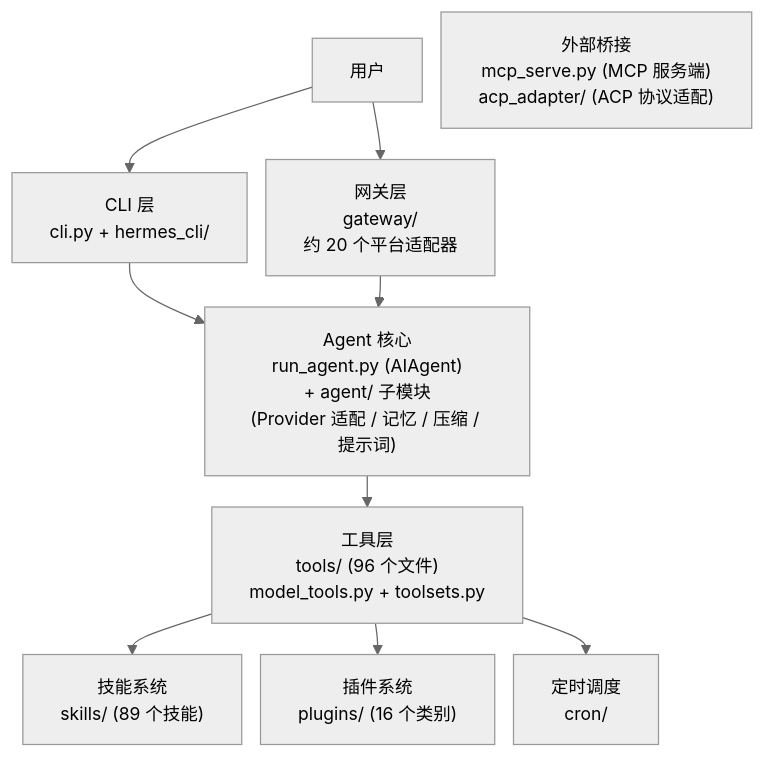
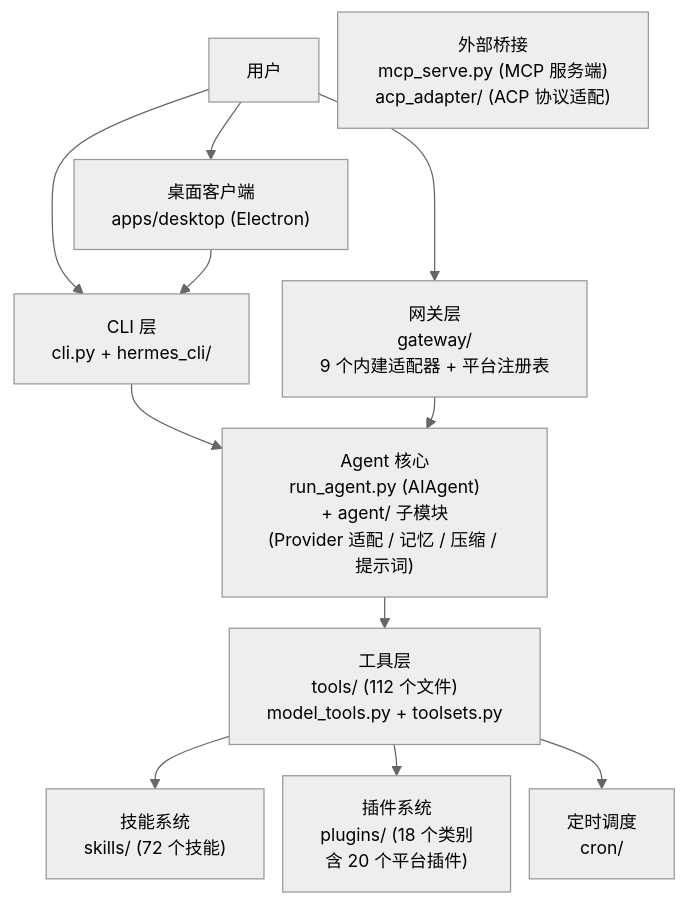
Before and after one commit to fang-lin/hermes-agent-code-analysis: the first of 7 diagrams in docs/zh/00-项目全景.md, drawn with Mermaid. The commit also changed other lines of this file and 3 other files, not shown here.

````diff
--- a/docs/zh/00-项目全景.md
+++ b/docs/zh/00-项目全景.md
@@ -131,13 +133,15 @@
 ```mermaid
 %%{init: {"theme": "neutral", "themeVariables": {"fontSize": "14px"}, "flowchart": {"nodeSpacing": 15, "rankSpacing": 25}}}%%
 graph TD
     User[用户] --> CLI["CLI 层<br/>cli.py + hermes_cli/"]
-    User --> GW["网关层<br/>gateway/<br/>约 20 个平台适配器"]
+    User --> GW["网关层<br/>gateway/<br/>9 个内建适配器 + 平台注册表"]
+    User --> Desktop["桌面客户端<br/>apps/desktop #40;Electron#41;"]
+    Desktop --> CLI
     CLI --> Agent["Agent 核心<br/>run_agent.py #40;AIAgent#41;<br/>+ agent/ 子模块<br/>#40;Provider 适配 / 记忆 / 压缩 / 提示词#41;"]
     GW --> Agent
-    Agent --> Tools["工具层<br/>tools/ #40;96 个文件#41;<br/>model_tools.py + toolsets.py"]
-    Tools --> Skills["技能系统<br/>skills/ #40;89 个技能#41;"]
-    Tools --> Plugins["插件系统<br/>plugins/ #40;16 个类别#41;"]
+    Agent --> Tools["工具层<br/>tools/ #40;112 个文件#41;<br/>model_tools.py + toolsets.py"]
+    Tools --> Skills["技能系统<br/>skills/ #40;72 个技能#41;"]
+    Tools --> Plugins["插件系统<br/>plugins/ #40;18 个类别<br/>含 20 个平台插件#41;"]
     Tools --> Cron["定时调度<br/>cron/"]
     Bridge["外部桥接<br/>mcp_serve.py #40;MCP 服务端#41;<br/>acp_adapter/ #40;ACP 协议适配#41;"]
 ```
````
